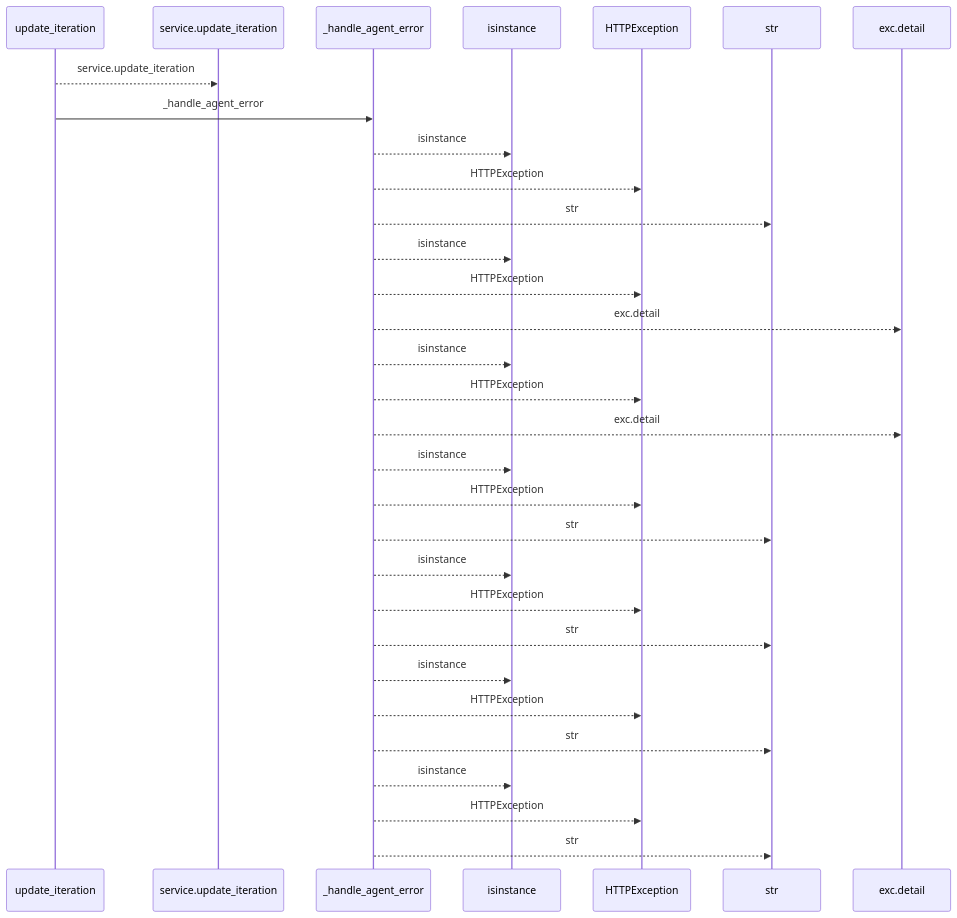
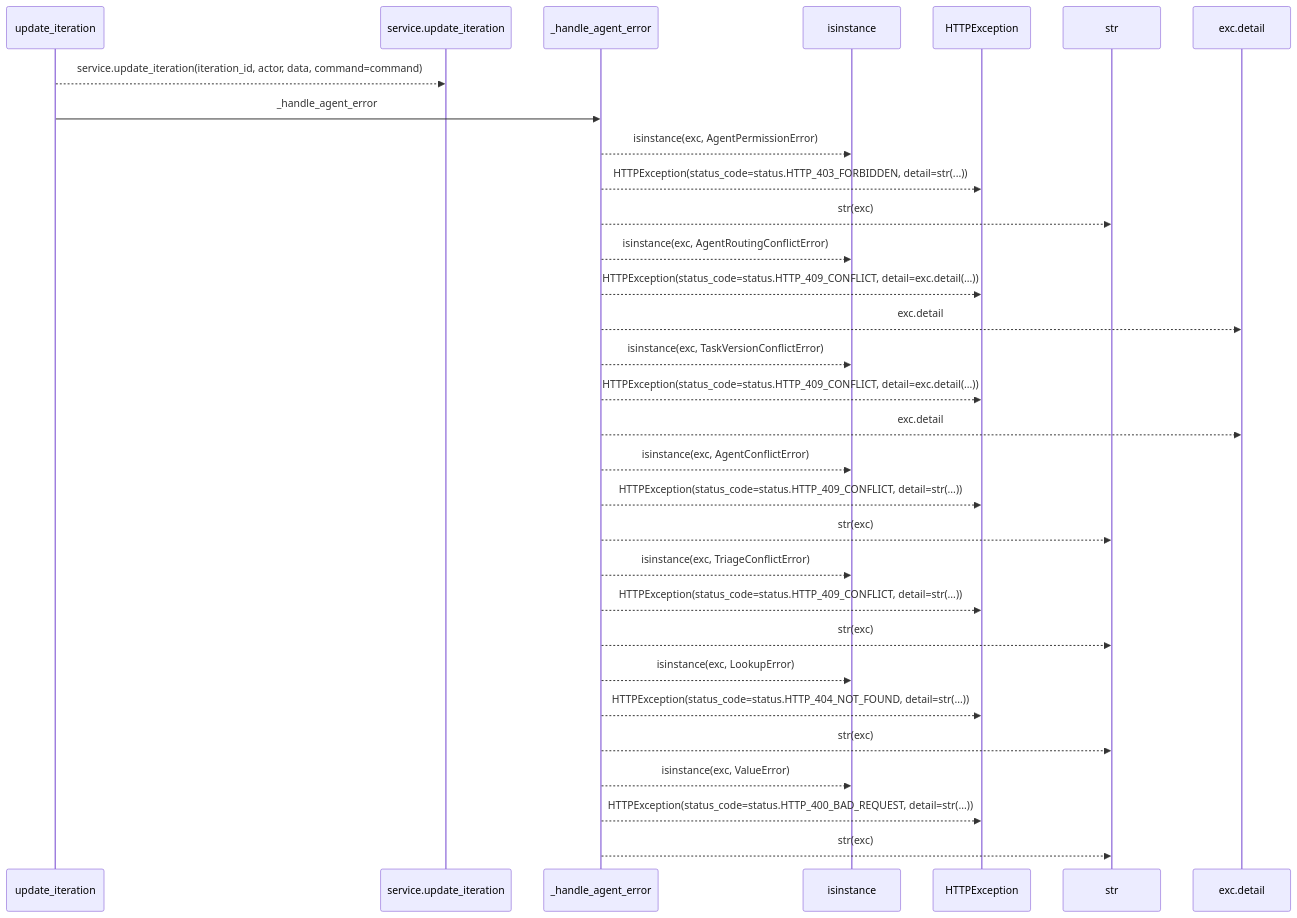
Before and after one commit to Denissvgn/WorkChord: the first of 2 diagrams in docs/llm_wiki/flows/http-update_iteration-agent_planning.md, drawn with Mermaid. The commit also changed other lines of this file and 25171 other files, not shown here.

````diff
--- a/docs/llm_wiki/flows/http-update_iteration-agent_planning.md
+++ b/docs/llm_wiki/flows/http-update_iteration-agent_planning.md
@@ -10,33 +12,33 @@
 ```mermaid
 sequenceDiagram
     participant p0 as update_iteration
     participant p1 as service.update_iteration
     participant p2 as _handle_agent_error
     participant p3 as isinstance
     participant p4 as HTTPException
     participant p5 as str
     participant p6 as exc.detail
-    p0-->>p1: service.update_iteration
+    p0-->>p1: service.update_iteration(iteration_id, actor, data, command=command)
     p0->>p2: _handle_agent_error
-    p2-->>p3: isinstance
-    p2-->>p4: HTTPException
-    p2-->>p5: str
-    p2-->>p3: isinstance
-    p2-->>p4: HTTPException
+    p2-->>p3: isinstance(exc, AgentPermissionError)
+    p2-->>p4: HTTPException(status_code=status.HTTP_403_FORBIDDEN, detail=str(...))
+    p2-->>p5: str(exc)
+    p2-->>p3: isinstance(exc, AgentRoutingConflictError)
+    p2-->>p4: HTTPException(status_code=status.HTTP_409_CONFLICT, detail=exc.detail(...))
     p2-->>p6: exc.detail
-    p2-->>p3: isinstance
-    p2-->>p4: HTTPException
+    p2-->>p3: isinstance(exc, TaskVersionConflictError)
+    p2-->>p4: HTTPException(status_code=status.HTTP_409_CONFLICT, detail=exc.detail(...))
     p2-->>p6: exc.detail
-    p2-->>p3: isinstance
-    p2-->>p4: HTTPException
-    p2-->>p5: str
-    p2-->>p3: isinstance
-    p2-->>p4: HTTPException
-    p2-->>p5: str
-    p2-->>p3: isinstance
-    p2-->>p4: HTTPException
-    p2-->>p5: str
-    p2-->>p3: isinstance
-    p2-->>p4: HTTPException
-    p2-->>p5: str
+    p2-->>p3: isinstance(exc, AgentConflictError)
+    p2-->>p4: HTTPException(status_code=status.HTTP_409_CONFLICT, detail=str(...))
+    p2-->>p5: str(exc)
+    p2-->>p3: isinstance(exc, TriageConflictError)
+    p2-->>p4: HTTPException(status_code=status.HTTP_409_CONFLICT, detail=str(...))
+    p2-->>p5: str(exc)
+    p2-->>p3: isinstance(exc, LookupError)
+    p2-->>p4: HTTPException(status_code=status.HTTP_404_NOT_FOUND, detail=str(...))
+    p2-->>p5: str(exc)
+    p2-->>p3: isinstance(exc, ValueError)
+    p2-->>p4: HTTPException(status_code=status.HTTP_400_BAD_REQUEST, detail=str(...))
+    p2-->>p5: str(exc)
 ```
````
